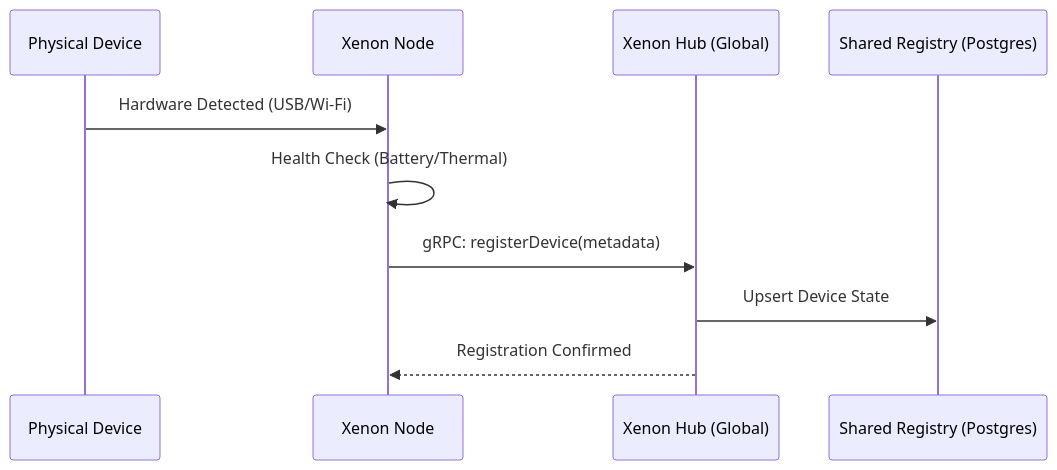
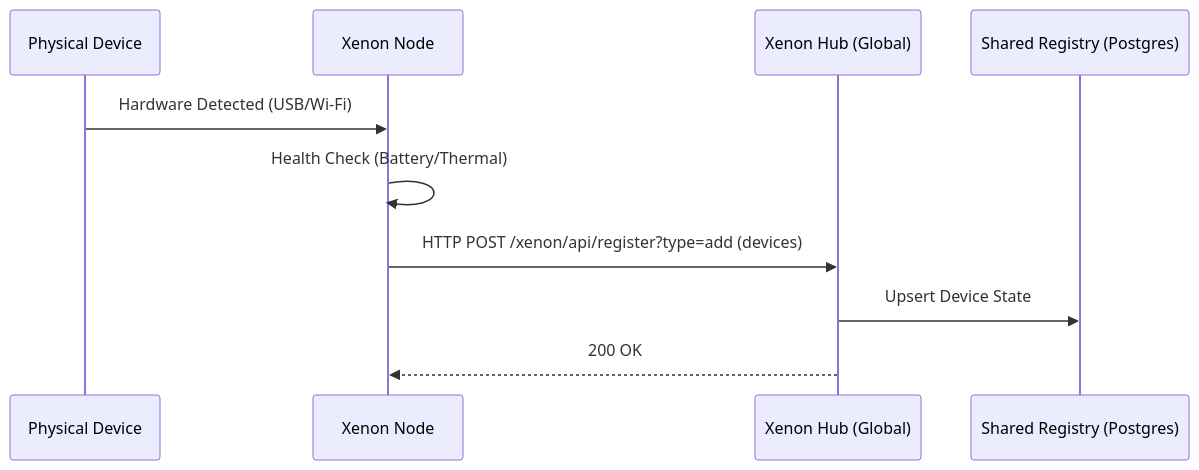
Before and after one commit to Rabindra184/xenon: the first of 4 diagrams in website/docs/architecture.md, drawn with Mermaid. The commit also changed other lines of this file and 7 other files, not shown here.

````diff
--- a/website/docs/architecture.md
+++ b/website/docs/architecture.md
@@ -15,13 +15,13 @@
 ```mermaid
 sequenceDiagram
     participant D as Physical Device
     participant N as Xenon Node
     participant H as Xenon Hub (Global)
     participant DB as Shared Registry (Postgres)
     
     D->>N: Hardware Detected (USB/Wi-Fi)
     N->>N: Health Check (Battery/Thermal)
-    N->>H: gRPC: registerDevice(metadata)
+    N->>H: HTTP POST /xenon/api/register?type=add (devices)
     H->>DB: Upsert Device State
-    H-->>N: Registration Confirmed
+    H-->>N: 200 OK
 ```
````
